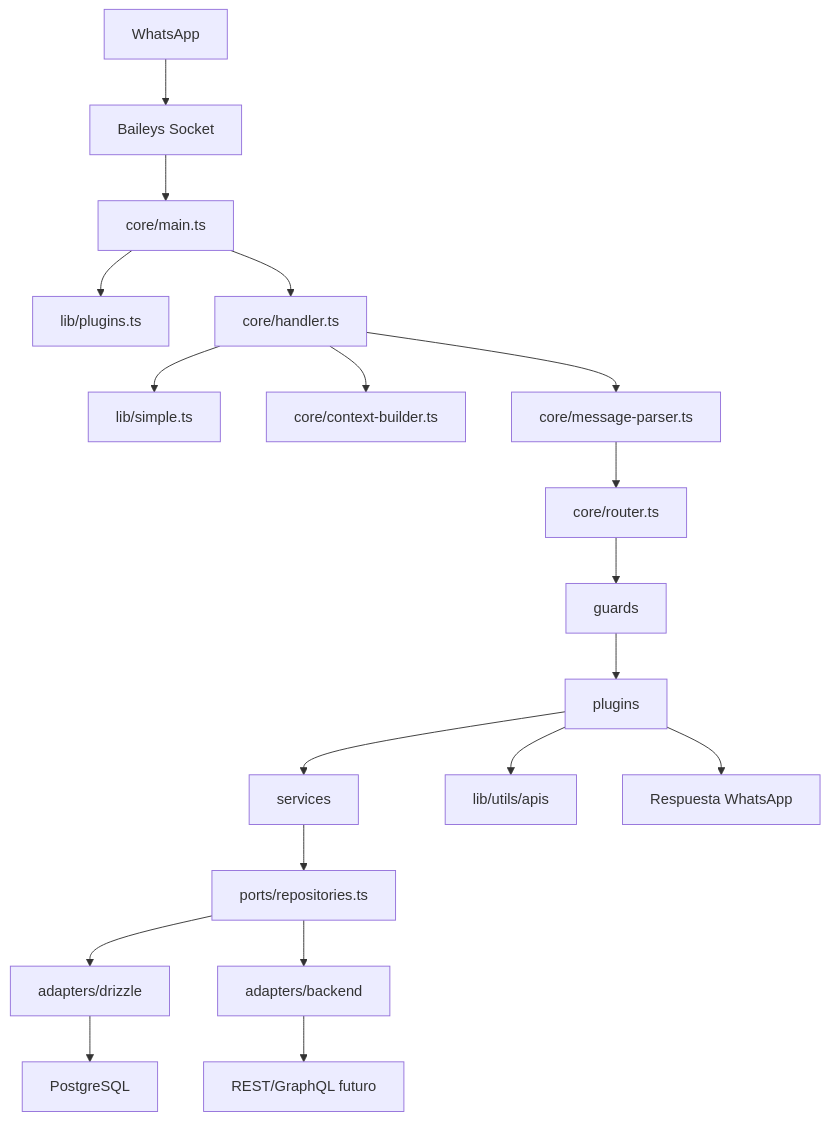
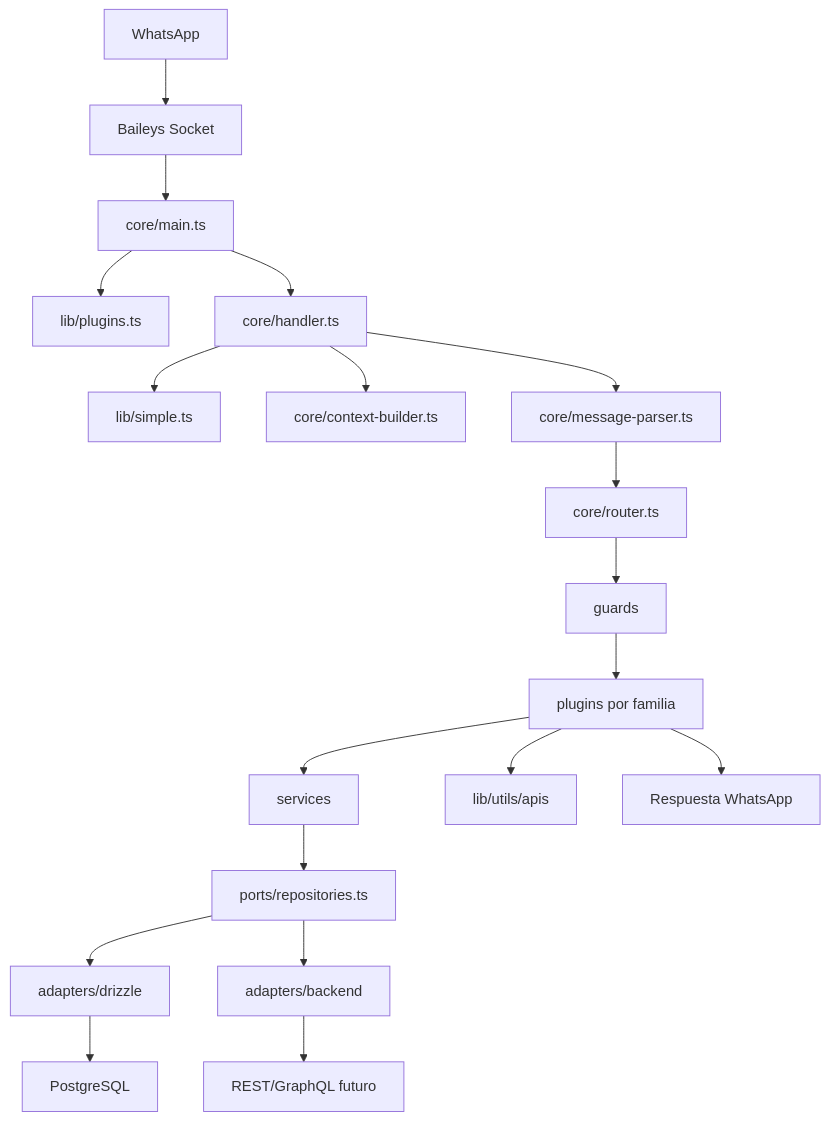
One commit to JuliusSauco/zycryx-whatsapp-chat-bot-template changed the diagram in README.md. Above: the diagram before and after it, drawn with Mermaid. The commit also changed other lines of this file and 12 other files, not shown here.

````diff
--- a/README.md
+++ b/README.md
@@ -270,21 +301,21 @@
 ```mermaid
 flowchart TD
     A["WhatsApp"] --> B["Baileys Socket"]
     B --> C["core/main.ts"]
     C --> D["lib/plugins.ts"]
     C --> E["core/handler.ts"]
     E --> F["lib/simple.ts"]
     E --> G["core/context-builder.ts"]
     E --> H["core/message-parser.ts"]
     H --> I["core/router.ts"]
     I --> J["guards"]
-    J --> K["plugins"]
+    J --> K["plugins por familia"]
     K --> L["services"]
     L --> M["ports/repositories.ts"]
     M --> N["adapters/drizzle"]
     M --> O["adapters/backend"]
     N --> P["PostgreSQL"]
     O --> Q["REST/GraphQL futuro"]
     K --> R["lib/utils/apis"]
     K --> S["Respuesta WhatsApp"]
 ```
````
